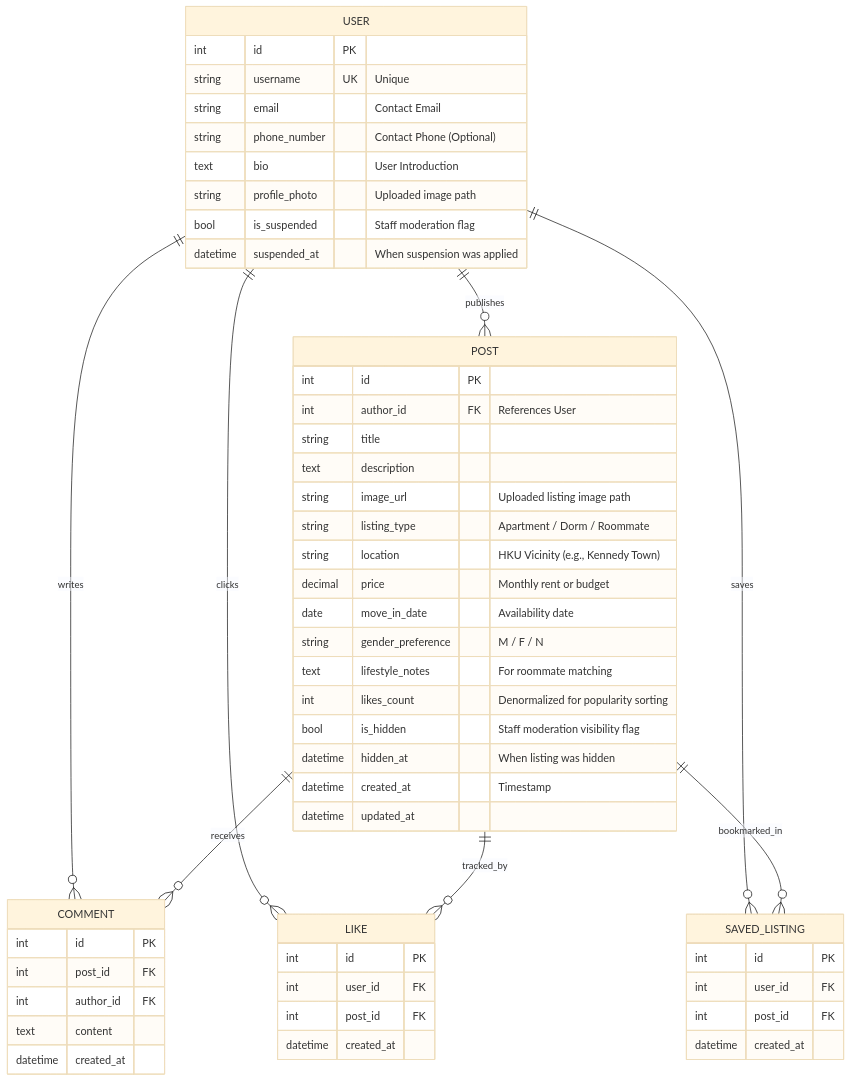
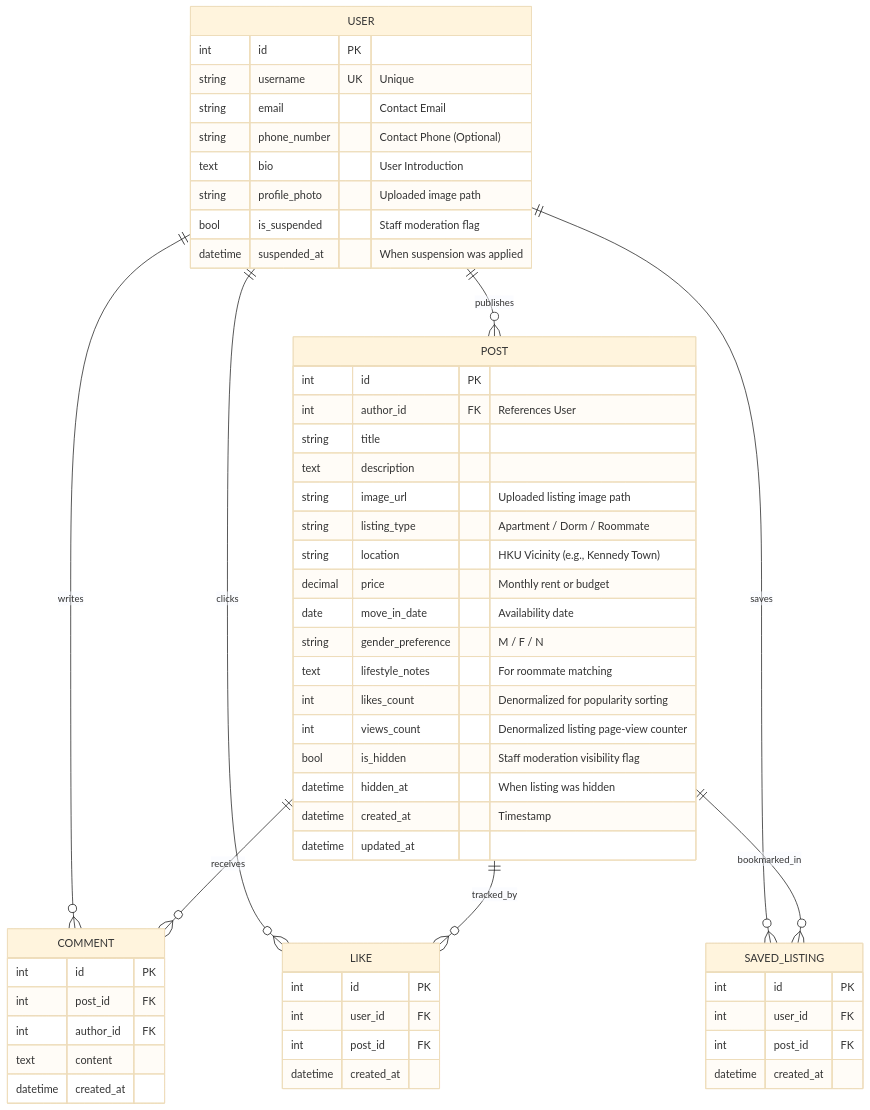
The diagram in docs/database-schema.md (danialutegenov/roomieHKU-app), drawn with Mermaid (base theme) before and after one commit. The commit also changed other lines of this file and 7 other files, not shown here.

````diff
--- a/docs/database-schema.md
+++ b/docs/database-schema.md
@@ -11,63 +11,64 @@
 ```mermaid
 erDiagram
     USER ||--o{ POST : "publishes"
     USER ||--o{ COMMENT : "writes"
     USER ||--o{ LIKE : "clicks"
     USER ||--o{ SAVED_LISTING : "saves"
     
     POST ||--o{ COMMENT : "receives"
     POST ||--o{ LIKE : "tracked_by"
     POST ||--o{ SAVED_LISTING : "bookmarked_in"
 
     USER {
         int id PK
         string username UK "Unique"
         string email "Contact Email"
         string phone_number "Contact Phone (Optional)"
         text bio "User Introduction"
         string profile_photo "Uploaded image path"
         bool is_suspended "Staff moderation flag"
         datetime suspended_at "When suspension was applied"
     }
 
     POST {
         int id PK
         int author_id FK "References User"
         string title
         text description
         string image_url "Uploaded listing image path"
         string listing_type "Apartment / Dorm / Roommate"
         string location "HKU Vicinity (e.g., Kennedy Town)"
         decimal price "Monthly rent or budget"
         date move_in_date "Availability date"
         string gender_preference "M / F / N"
         text lifestyle_notes "For roommate matching"
         int likes_count "Denormalized for popularity sorting"
+        int views_count "Denormalized listing page-view counter"
         bool is_hidden "Staff moderation visibility flag"
         datetime hidden_at "When listing was hidden"
         datetime created_at "Timestamp"
         datetime updated_at
     }
 
     COMMENT {
         int id PK
         int post_id FK
         int author_id FK
         text content
         datetime created_at
     }
 
     LIKE {
         int id PK
         int user_id FK
         int post_id FK
         datetime created_at
     }
 
     SAVED_LISTING {
         int id PK
         int user_id FK
         int post_id FK
         datetime created_at
     }
 ```
````
